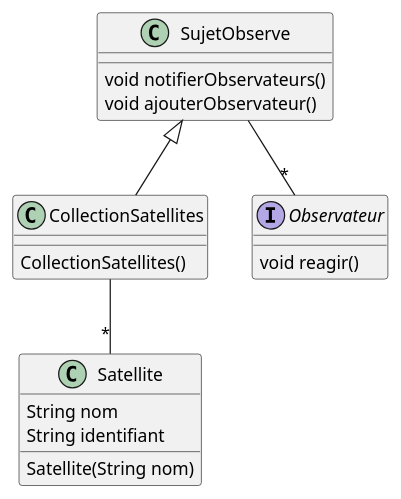
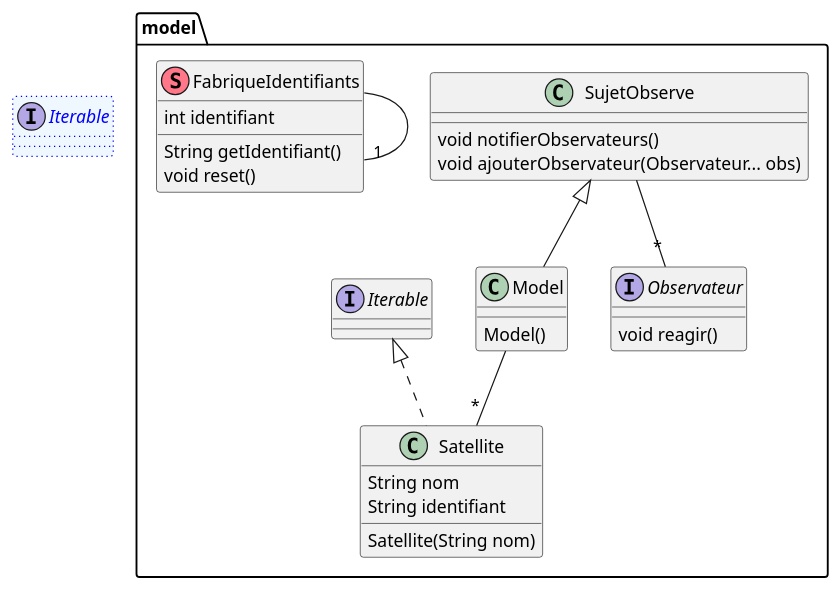
One commit to BapDiedler/collectionSatellite changed the diagram in documentation/diagramme/DiagrammeModel.puml. Above: the diagram before and after it, drawn with PlantUML. The commit also changed 2 other files, not shown here.

Commit message:
amélioration du diagramme

```diff
--- a/documentation/diagramme/DiagrammeModel.puml
+++ b/documentation/diagramme/DiagrammeModel.puml
@@ -1,24 +1,41 @@
 @startuml
 'https://plantuml.com/class-diagram
 
-class CollectionSatellites extends SujetObserve{
-    CollectionSatellites()
-}
-class Satellite{
-    String nom
-    String identifiant
-    Satellite(String nom)
-}
-class SujetObserve{
-    void notifierObservateurs()
-    void ajouterObservateur()
-}
-interface Observateur{
-    void reagir()
+interface Iterable #aliceblue;line:blue;line.dotted;text:blue
+
+
+package model{
+
+    class Model extends SujetObserve{
+        Model()
+    }
+
+    class Satellite implements Iterable{
+        String nom
+        String identifiant
+        Satellite(String nom)
+    }
+
+    class SujetObserve{
+        void notifierObservateurs()
+        void ajouterObservateur(Observateur... obs)
+    }
+
+    interface Observateur{
+        void reagir()
+    }
+
+    class FabriqueIdentifiants<<(S,#FF7788)>>{
+       int identifiant
+       String getIdentifiant()
+       void reset()
+    }
+
 }
 
+FabriqueIdentifiants --"1" FabriqueIdentifiants
 SujetObserve --"*" Observateur
-CollectionSatellites --"*" Satellite
+Model --"*" Satellite
 
 
 @enduml
```
